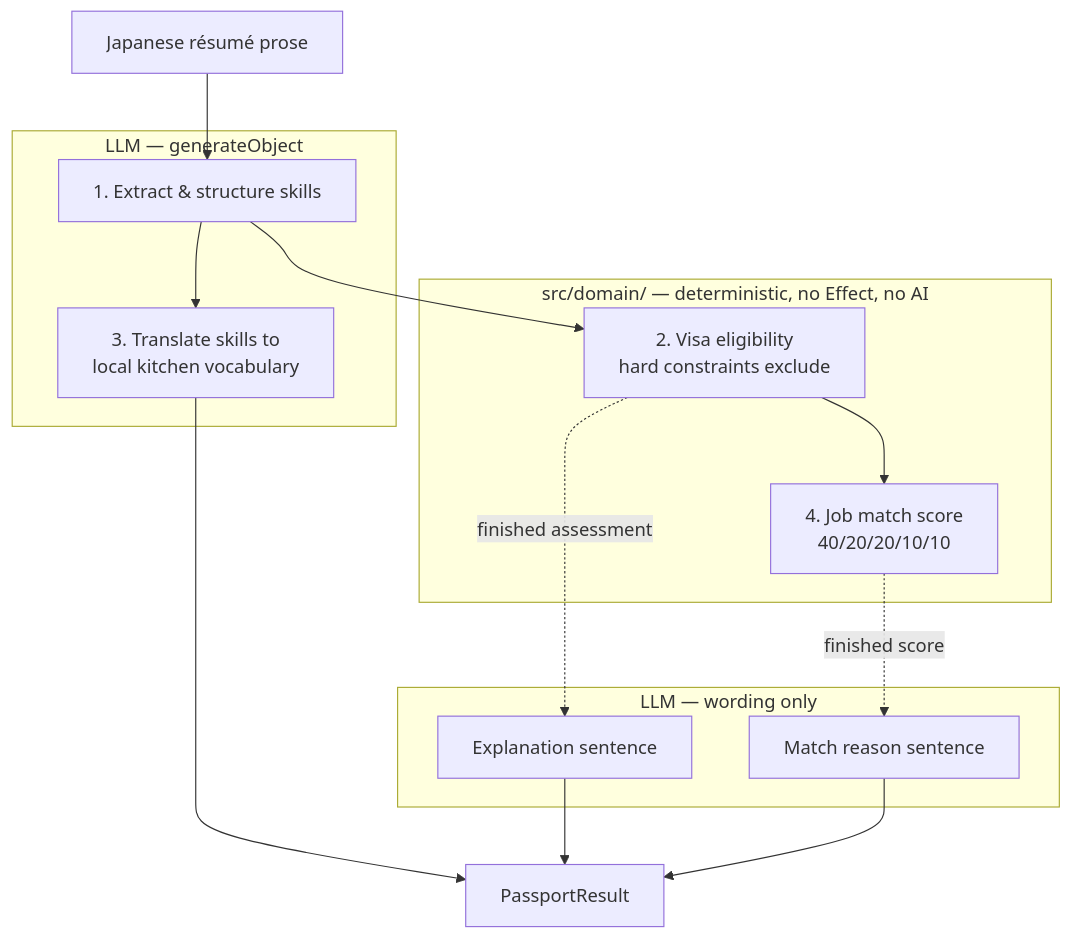
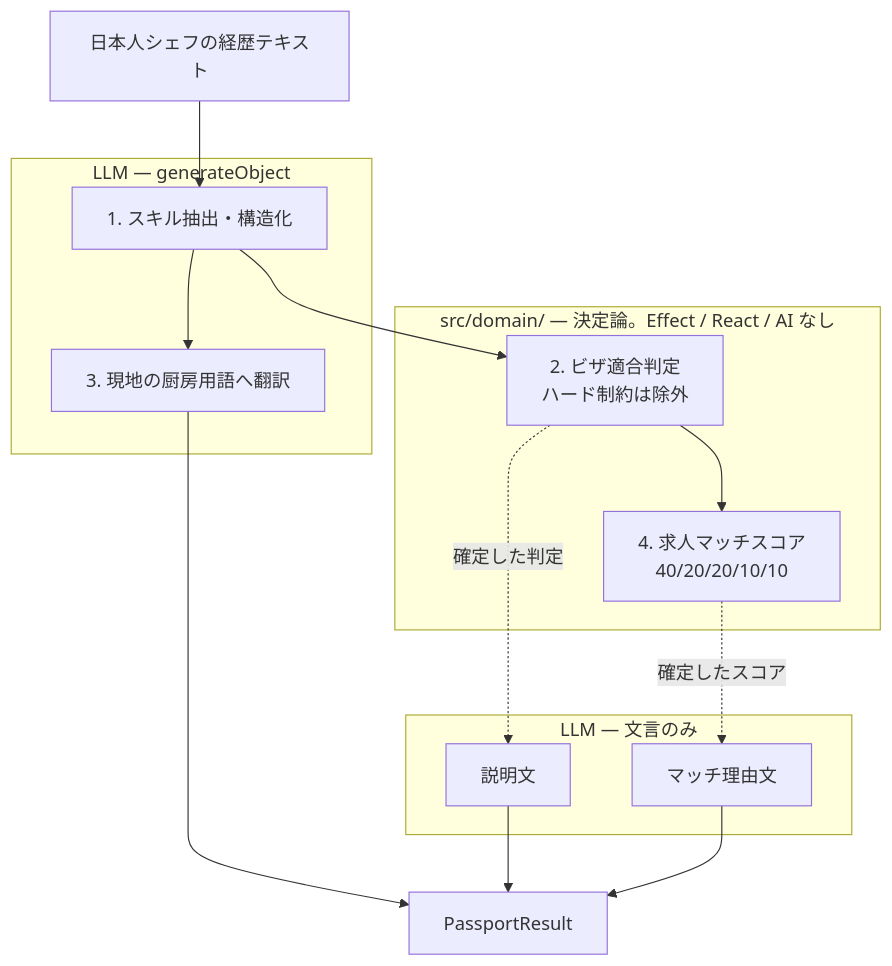
The diagram in README.md (sc30gsw/chef-passport-poc), drawn with Mermaid before and after one commit. The commit also changed other lines of this file, not shown here.

````diff
--- a/README.md
+++ b/README.md
@@ -25,27 +47,27 @@
 ```mermaid
 flowchart TD
-    R["Japanese résumé prose"] --> S1
+    R["日本人シェフの経歴テキスト"] --> S1
 
     subgraph LLM["LLM — generateObject"]
-        S1["1. Extract & structure skills"]
-        S3["3. Translate skills to<br/>local kitchen vocabulary"]
+        S1["1. スキル抽出・構造化"]
+        S3["3. 現地の厨房用語へ翻訳"]
     end
 
-    subgraph DOM["src/domain/ — deterministic, no Effect, no AI"]
-        S2["2. Visa eligibility<br/>hard constraints exclude"]
-        S4["4. Job match score<br/>40/20/20/10/10"]
+    subgraph DOM["src/domain/ — 決定論。Effect / React / AI なし"]
+        S2["2. ビザ適合判定<br/>ハード制約は除外"]
+        S4["4. 求人マッチスコア<br/>40/20/20/10/10"]
     end
 
-    subgraph PROSE["LLM — wording only"]
-        P2["Explanation sentence"]
-        P4["Match reason sentence"]
+    subgraph PROSE["LLM — 文言のみ"]
+        P2["説明文"]
+        P4["マッチ理由文"]
     end
 
     S1 --> S2 --> S4
     S1 --> S3
-    S2 -. "finished assessment" .-> P2
-    S4 -. "finished score" .-> P4
+    S2 -. "確定した判定" .-> P2
+    S4 -. "確定したスコア" .-> P4
     S3 --> OUT["PassportResult"]
     P2 --> OUT
     P4 --> OUT
 ```
````
